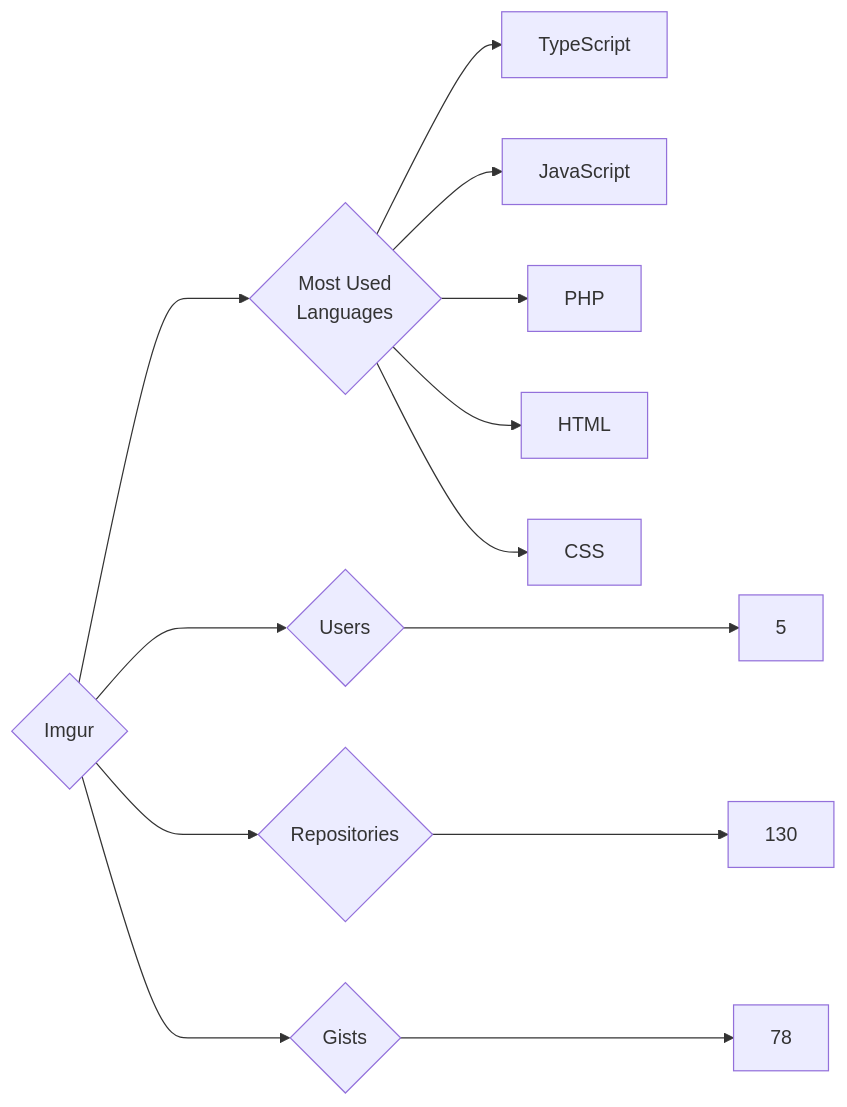
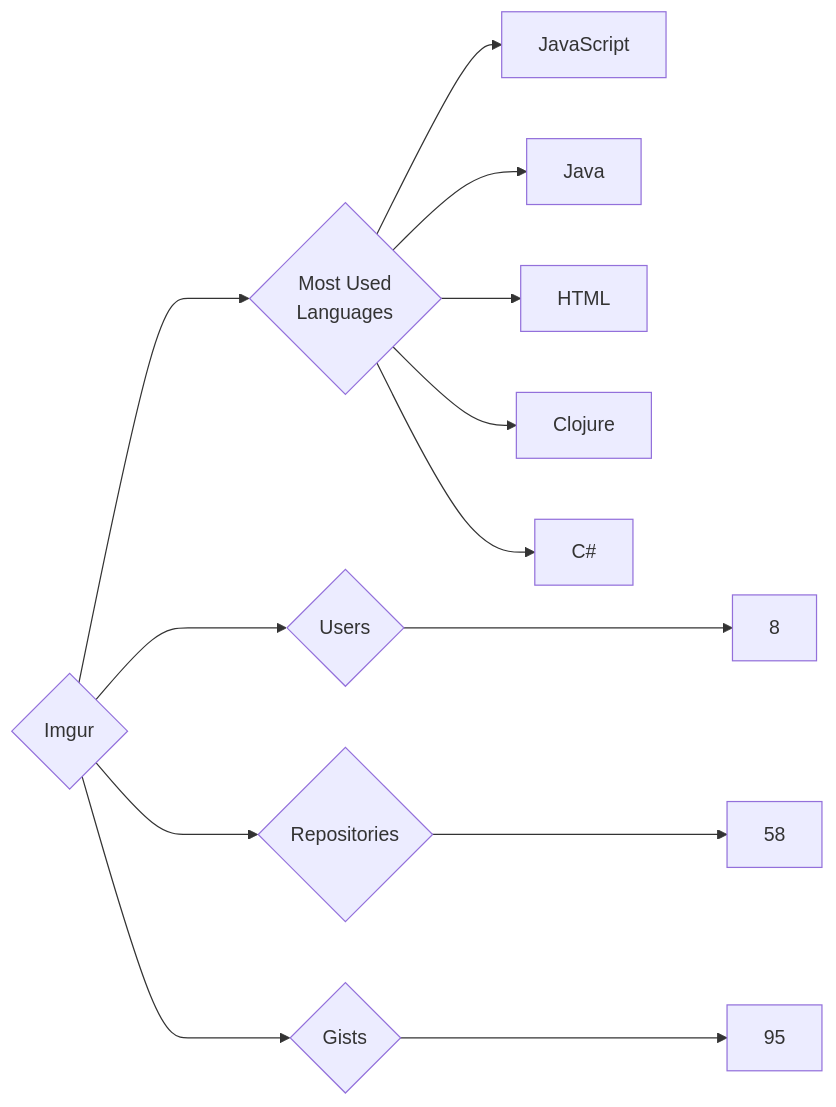
The diagram in targets/Imgur/README.md (trickest/insiders), drawn with Mermaid before and after one commit. The commit also changed 938 other files, not shown here.

````diff
--- a/targets/Imgur/README.md
+++ b/targets/Imgur/README.md
@@ -3,13 +3,13 @@
 ```mermaid
 graph LR
 COMPANY_NAME{Imgur}
-COMPANY_NAME ---> U{Users} ---> UN[5]
-COMPANY_NAME ---> R{Repositories} ---> RN[130]
-COMPANY_NAME ---> G{Gists} ---> GN[78]
+COMPANY_NAME ---> U{Users} ---> UN[8]
+COMPANY_NAME ---> R{Repositories} ---> RN[58]
+COMPANY_NAME ---> G{Gists} ---> GN[95]
 COMPANY_NAME ---> ML{Most Used<br>Languages}
-ML --> TypeScript[TypeScript]
 ML --> JavaScript[JavaScript]
-ML --> PHP[PHP]
+ML --> Java[Java]
 ML --> HTML[HTML]
-ML --> CSS[CSS]
+ML --> Clojure[Clojure]
+ML --> C#[C#]
 ```
````
